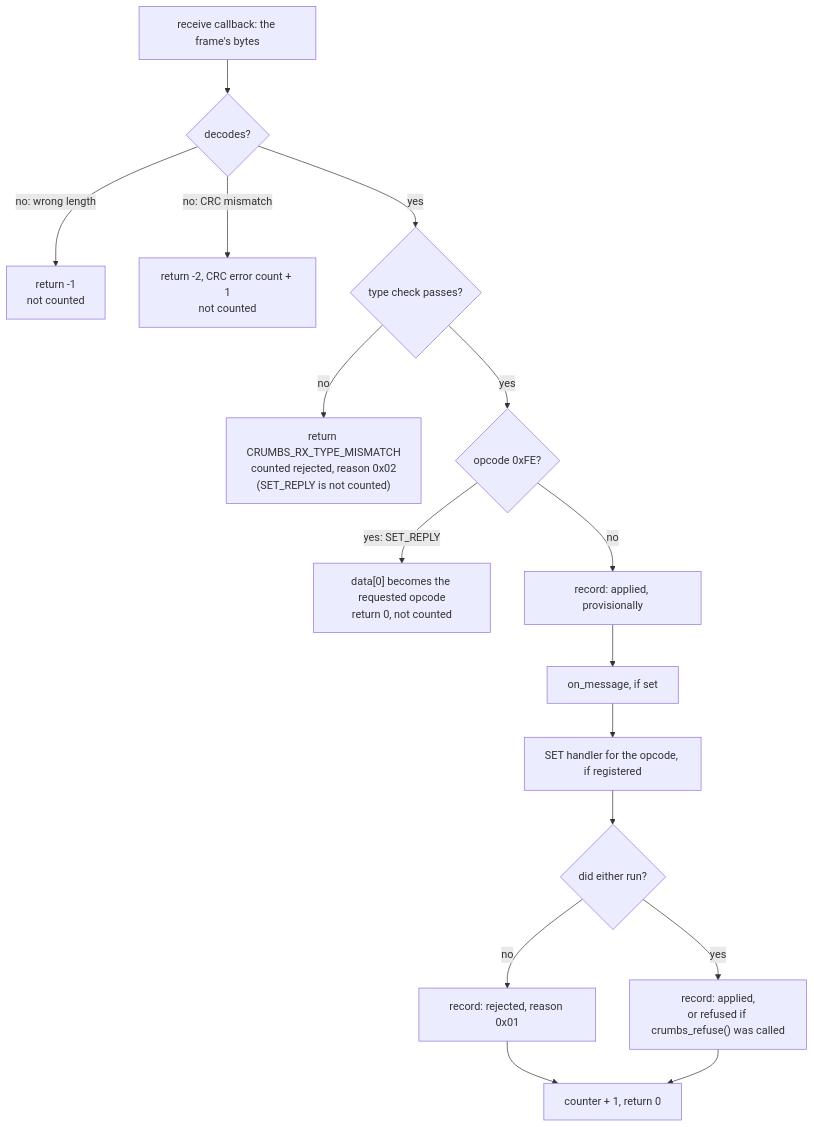
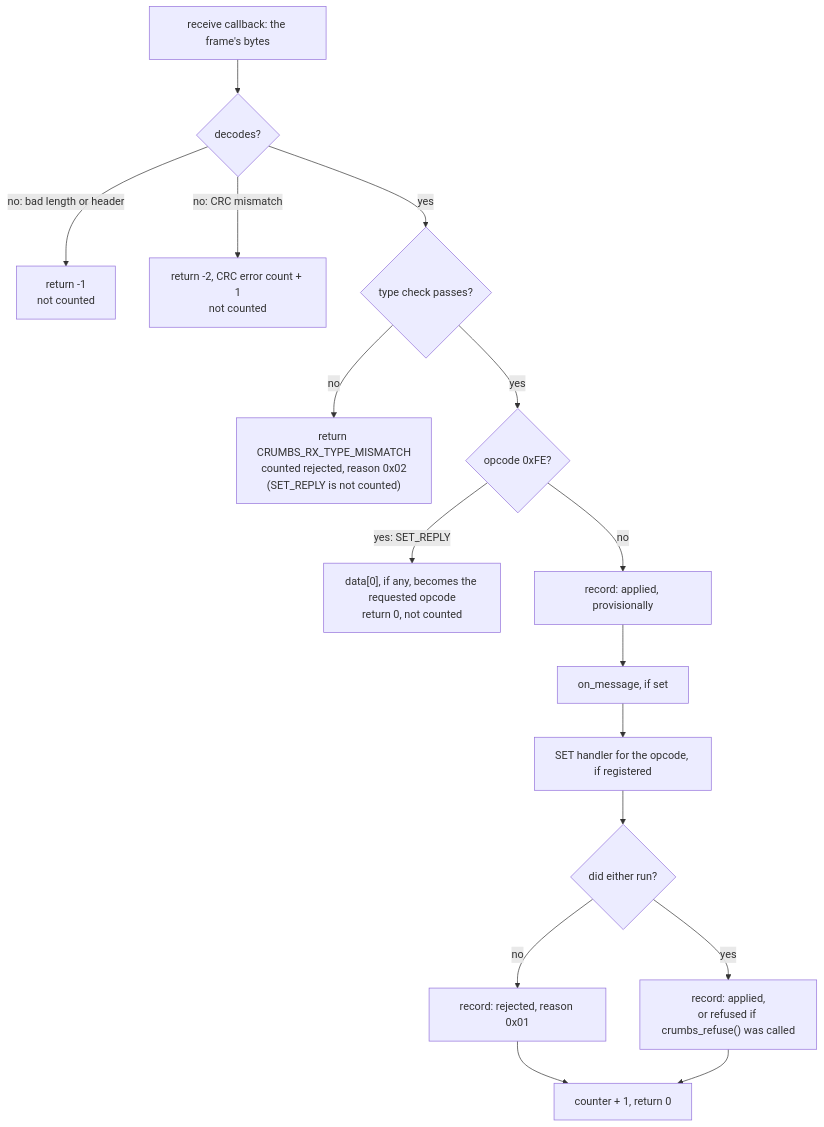
One commit to feastorg/CRUMBS changed the first of 5 diagrams in docs/architecture.md. Above: the diagram before and after it, drawn with Mermaid. The commit also changed other lines of this file and 1 other file, not shown here.

First line of the commit message:
docs: name return codes and constants in the mermaid diagrams

````diff
--- a/docs/architecture.md
+++ b/docs/architecture.md
@@ -73,18 +73,18 @@
 ```mermaid
 flowchart TD
     A["receive callback: the frame's bytes"] --> B{"decodes?"}
-    B -- "no: wrong length" --> X1["return -1<br/>not counted"]
+    B -- "no: bad length or header" --> X1["return -1<br/>not counted"]
     B -- "no: CRC mismatch" --> X2["return -2, CRC error count + 1<br/>not counted"]
     B -- yes --> C{"type check passes?"}
     C -- no --> X3["return CRUMBS_RX_TYPE_MISMATCH<br/>counted rejected, reason 0x02<br/>(SET_REPLY is not counted)"]
     C -- yes --> D{"opcode 0xFE?"}
-    D -- "yes: SET_REPLY" --> X4["data[0] becomes the requested opcode<br/>return 0, not counted"]
+    D -- "yes: SET_REPLY" --> X4["data[0], if any, becomes the requested opcode<br/>return 0, not counted"]
     D -- no --> E["record: applied, provisionally"]
     E --> F["on_message, if set"]
     F --> G["SET handler for the opcode, if registered"]
     G --> H{"did either run?"}
     H -- no --> I["record: rejected, reason 0x01"]
     H -- yes --> J["record: applied,<br/>or refused if crumbs_refuse() was called"]
     I --> K["counter + 1, return 0"]
     J --> K
 ```
````
